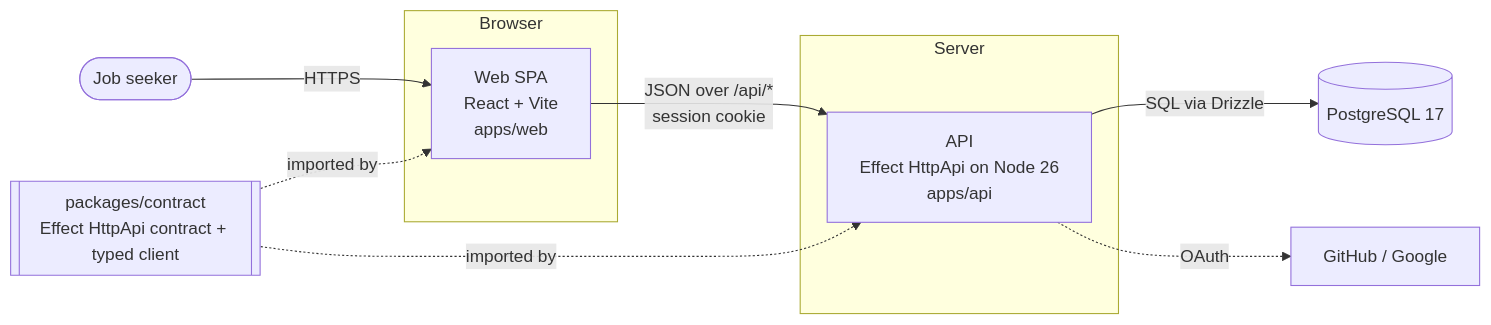
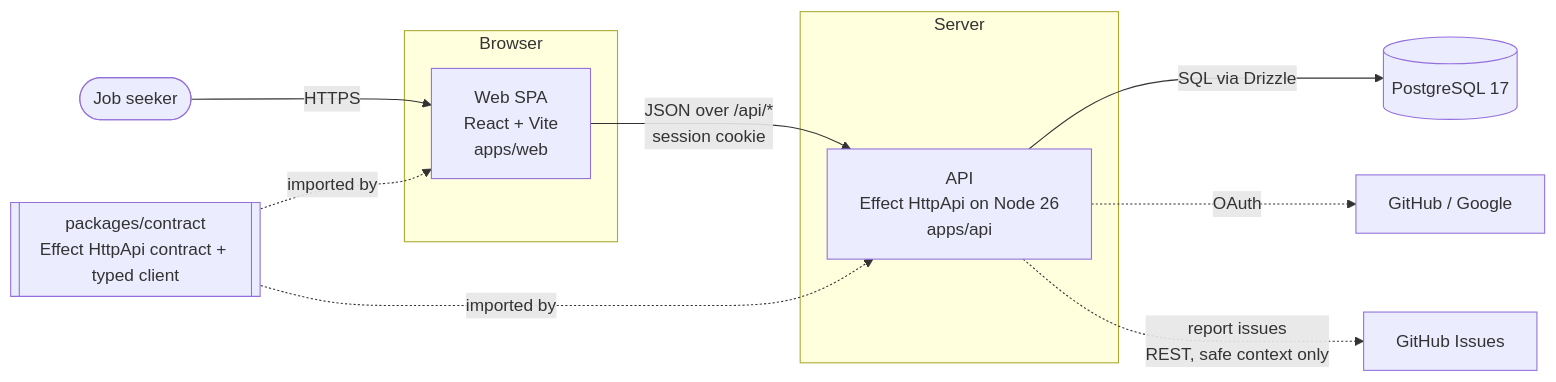
The first of 8 diagrams in docs/architecture.md (brianpatterson/roundtable), drawn with Mermaid before and after one commit. The commit also changed other lines of this file and 6 other files, not shown here.

Commit message:
docs: ADR-0037 for problem reports, architecture, token setup and env

````diff
--- a/docs/architecture.md
+++ b/docs/architecture.md
@@ -34,20 +34,21 @@
 ```mermaid
 flowchart LR
   user([Job seeker]) -->|HTTPS| web
 
   subgraph Browser
     web[Web SPA<br/>React + Vite<br/>apps/web]
   end
 
   subgraph Server
     api[API<br/>Effect HttpApi on Node 26<br/>apps/api]
   end
 
   db[(PostgreSQL 17)]
 
   web -->|JSON over /api/*<br/>session cookie| api
   api -->|SQL via Drizzle| db
   api -.OAuth.-> idp[GitHub / Google]
+  api -.report issues<br/>REST, safe context only.-> gh[GitHub Issues]
   contract[[packages/contract<br/>Effect HttpApi contract + typed client]] -.imported by.-> web
   contract -.imported by.-> api
 ```
````
